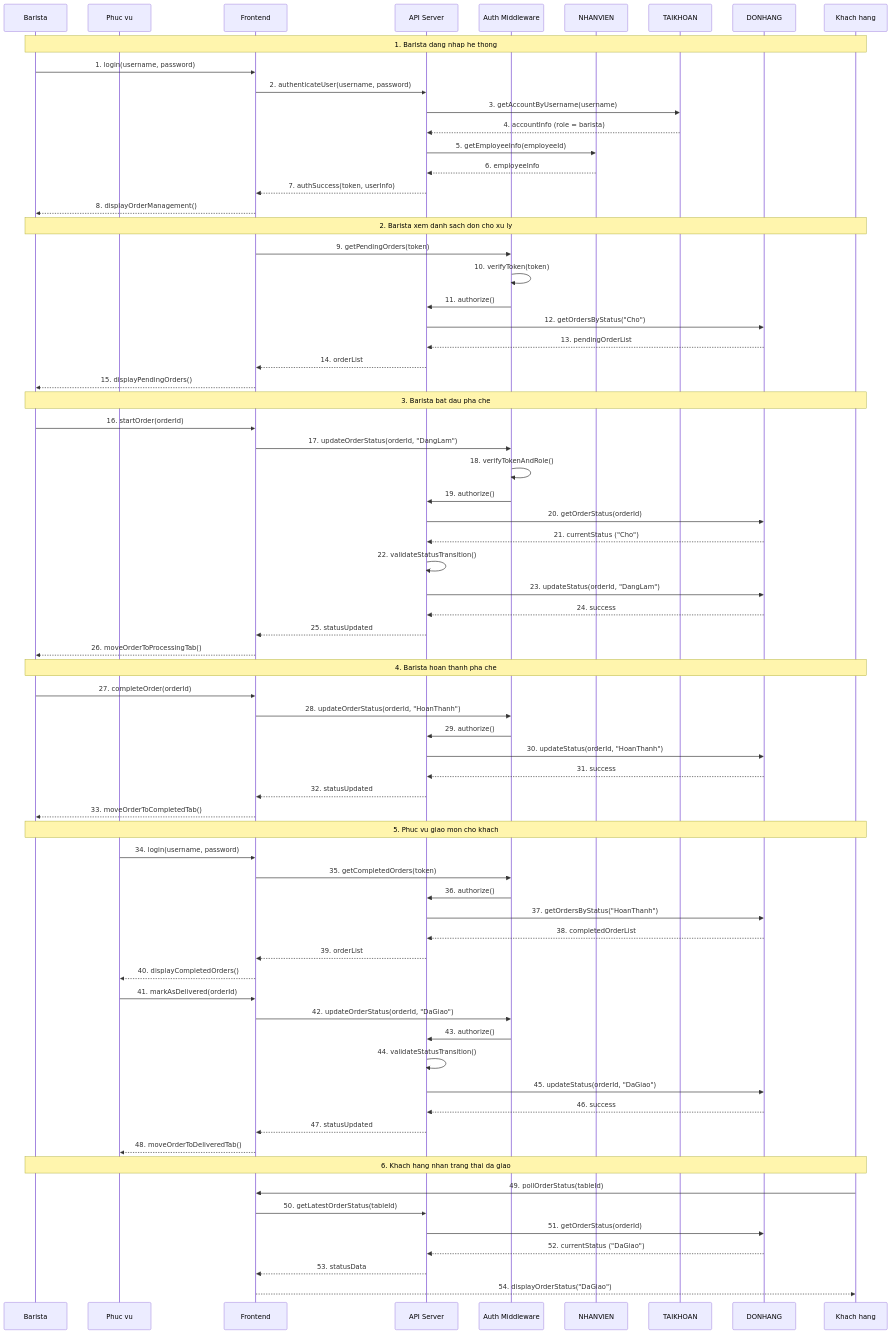
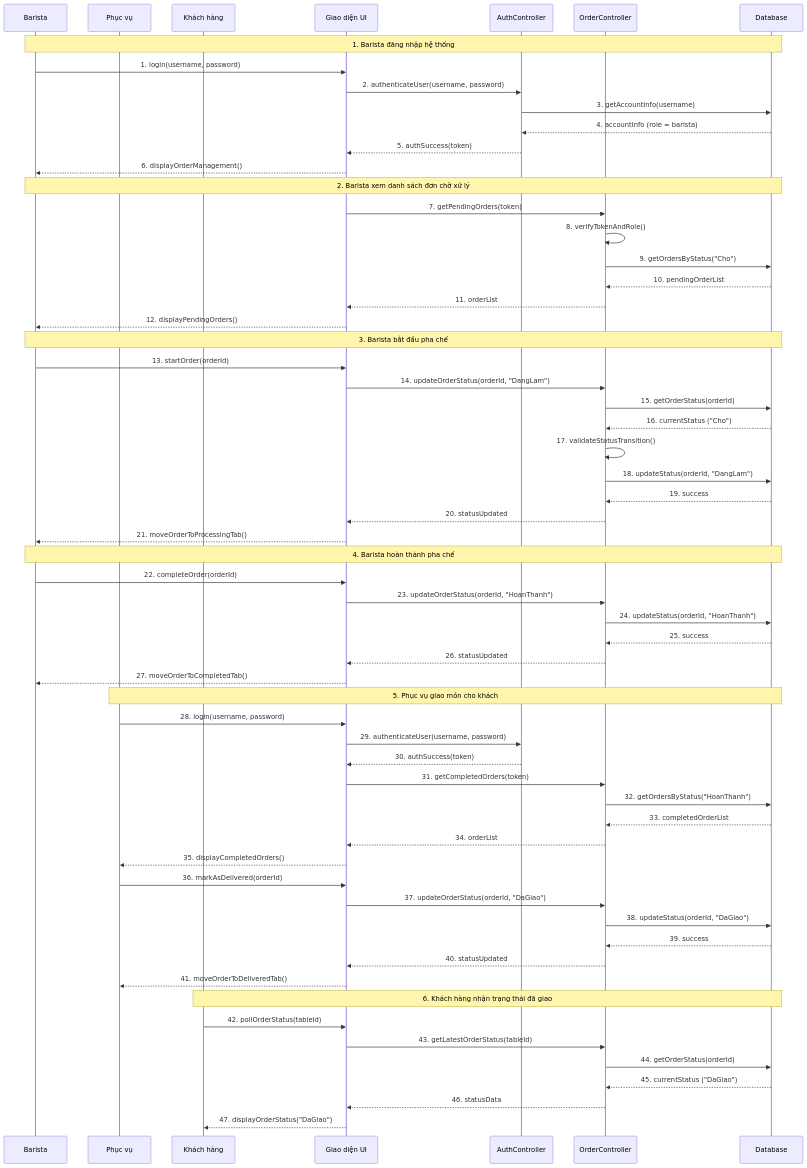
Before and after one commit to tahpnart8/demo-pttkht-Nhom2IT0001: the seventh of 10 diagrams in docs/so-do-he-thong.md, drawn with Mermaid. The commit also changed other lines of this file, not shown here.

````diff
--- a/docs/so-do-he-thong.md
+++ b/docs/so-do-he-thong.md
@@ -292,78 +285,69 @@
 ```mermaid
 sequenceDiagram
     participant BA as Barista
-    participant PV as Phuc vu
-    participant FE as Frontend
-    participant API as API Server
-    participant MW as Auth Middleware
-    participant NV as NHANVIEN
-    participant TK as TAIKHOAN
-    participant DH as DONHANG
-    participant KH as Khach hang
+    participant PV as Phục vụ
+    participant KH as Khách hàng
+    participant UI as Giao diện UI
+    participant AC as AuthController
+    participant OC as OrderController
+    participant DB as Database
 
-    Note over BA,KH: 1. Barista dang nhap he thong
-    BA->>FE: 1. login(username, password)
-    FE->>API: 2. authenticateUser(username, password)
-    API->>TK: 3. getAccountByUsername(username)
-    TK-->>API: 4. accountInfo (role = barista)
-    API->>NV: 5. getEmployeeInfo(employeeId)
-    NV-->>API: 6. employeeInfo
-    API-->>FE: 7. authSuccess(token, userInfo)
-    FE-->>BA: 8. displayOrderManagement()
+    Note over BA,DB: 1. Barista đăng nhập hệ thống
+    BA->>UI: 1. login(username, password)
+    UI->>AC: 2. authenticateUser(username, password)
+    AC->>DB: 3. getAccountInfo(username)
+    DB-->>AC: 4. accountInfo (role = barista)
+    AC-->>UI: 5. authSuccess(token)
+    UI-->>BA: 6. displayOrderManagement()
 
-    Note over BA,KH: 2. Barista xem danh sach don cho xu ly
-    FE->>MW: 9. getPendingOrders(token)
-    MW->>MW: 10. verifyToken(token)
-    MW->>API: 11. authorize()
-    API->>DH: 12. getOrdersByStatus("Cho")
-    DH-->>API: 13. pendingOrderList
-    API-->>FE: 14. orderList
-    FE-->>BA: 15. displayPendingOrders()
+    Note over BA,DB: 2. Barista xem danh sách đơn chờ xử lý
+    UI->>OC: 7. getPendingOrders(token)
+    OC->>OC: 8. verifyTokenAndRole()
+    OC->>DB: 9. getOrdersByStatus("Cho")
+    DB-->>OC: 10. pendingOrderList
+    OC-->>UI: 11. orderList
+    UI-->>BA: 12. displayPendingOrders()
 
-    Note over BA,KH: 3. Barista bat dau pha che
-    BA->>FE: 16. startOrder(orderId)
-    FE->>MW: 17. updateOrderStatus(orderId, "DangLam")
-    MW->>MW: 18. verifyTokenAndRole()
-    MW->>API: 19. authorize()
-    API->>DH: 20. getOrderStatus(orderId)
-    DH-->>API: 21. currentStatus ("Cho")
-    API->>API: 22. validateStatusTransition()
-    API->>DH: 23. updateStatus(orderId, "DangLam")
-    DH-->>API: 24. success
-    API-->>FE: 25. statusUpdated
-    FE-->>BA: 26. moveOrderToProcessingTab()
+    Note over BA,DB: 3. Barista bắt đầu pha chế
+    BA->>UI: 13. startOrder(orderId)
+    UI->>OC: 14. updateOrderStatus(orderId, "DangLam")
+    OC->>DB: 15. getOrderStatus(orderId)
+    DB-->>OC: 16. currentStatus ("Cho")
+    OC->>OC: 17. validateStatusTransition()
+    OC->>DB: 18. updateStatus(orderId, "DangLam")
+    DB-->>OC: 19. success
+    OC-->>UI: 20. statusUpdated
+    UI-->>BA: 21. moveOrderToProcessingTab()
 
-    Note over BA,KH: 4. Barista hoan thanh pha che
-    BA->>FE: 27. completeOrder(orderId)
-    FE->>MW: 28. updateOrderStatus(orderId, "HoanThanh")
-    MW->>API: 29. authorize()
-    API->>DH: 30. updateStatus(orderId, "HoanThanh")
-    DH-->>API: 31. success
-    API-->>FE: 32. statusUpdated
-    FE-->>BA: 33. moveOrderToCompletedTab()
+    Note over BA,DB: 4. Barista hoàn thành pha chế
+    BA->>UI: 22. completeOrder(orderId)
+    UI->>OC: 23. updateOrderStatus(orderId, "HoanThanh")
+    OC->>DB: 24. updateStatus(orderId, "HoanThanh")
+    DB-->>OC: 25. success
+    OC-->>UI: 26. statusUpdated
+    UI-->>BA: 27. moveOrderToCompletedTab()
 
-    Note over BA,KH: 5. Phuc vu giao mon cho khach
-    PV->>FE: 34. login(username, password)
-    FE->>MW: 35. getCompletedOrders(token)
-    MW->>API: 36. authorize()
-    API->>DH: 37. getOrdersByStatus("HoanThanh")
-    DH-->>API: 38. completedOrderList
-    API-->>FE: 39. orderList
-    FE-->>PV: 40. displayCompletedOrders()
-    PV->>FE: 41. markAsDelivered(orderId)
-    FE->>MW: 42. updateOrderStatus(orderId, "DaGiao")
-    MW->>API: 43. authorize()
-    API->>API: 44. validateStatusTransition()
-    API->>DH: 45. updateStatus(orderId, "DaGiao")
-    DH-->>API: 46. success
-    API-->>FE: 47. statusUpdated
-    FE-->>PV: 48. moveOrderToDeliveredTab()
+    Note over PV,DB: 5. Phục vụ giao món cho khách
+    PV->>UI: 28. login(username, password)
+    UI->>AC: 29. authenticateUser(username, password)
+    AC-->>UI: 30. authSuccess(token)
+    UI->>OC: 31. getCompletedOrders(token)
+    OC->>DB: 32. getOrdersByStatus("HoanThanh")
+    DB-->>OC: 33. completedOrderList
+    OC-->>UI: 34. orderList
+    UI-->>PV: 35. displayCompletedOrders()
+    PV->>UI: 36. markAsDelivered(orderId)
+    UI->>OC: 37. updateOrderStatus(orderId, "DaGiao")
+    OC->>DB: 38. updateStatus(orderId, "DaGiao")
+    DB-->>OC: 39. success
+    OC-->>UI: 40. statusUpdated
+    UI-->>PV: 41. moveOrderToDeliveredTab()
 
-    Note over BA,KH: 6. Khach hang nhan trang thai da giao
-    KH->>FE: 49. pollOrderStatus(tableId)
-    FE->>API: 50. getLatestOrderStatus(tableId)
-    API->>DH: 51. getOrderStatus(orderId)
-    DH-->>API: 52. currentStatus ("DaGiao")
-    API-->>FE: 53. statusData
-    FE-->>KH: 54. displayOrderStatus("DaGiao")
+    Note over KH,DB: 6. Khách hàng nhận trạng thái đã giao
+    KH->>UI: 42. pollOrderStatus(tableId)
+    UI->>OC: 43. getLatestOrderStatus(tableId)
+    OC->>DB: 44. getOrderStatus(orderId)
+    DB-->>OC: 45. currentStatus ("DaGiao")
+    OC-->>UI: 46. statusData
+    UI-->>KH: 47. displayOrderStatus("DaGiao")
 ```
````
